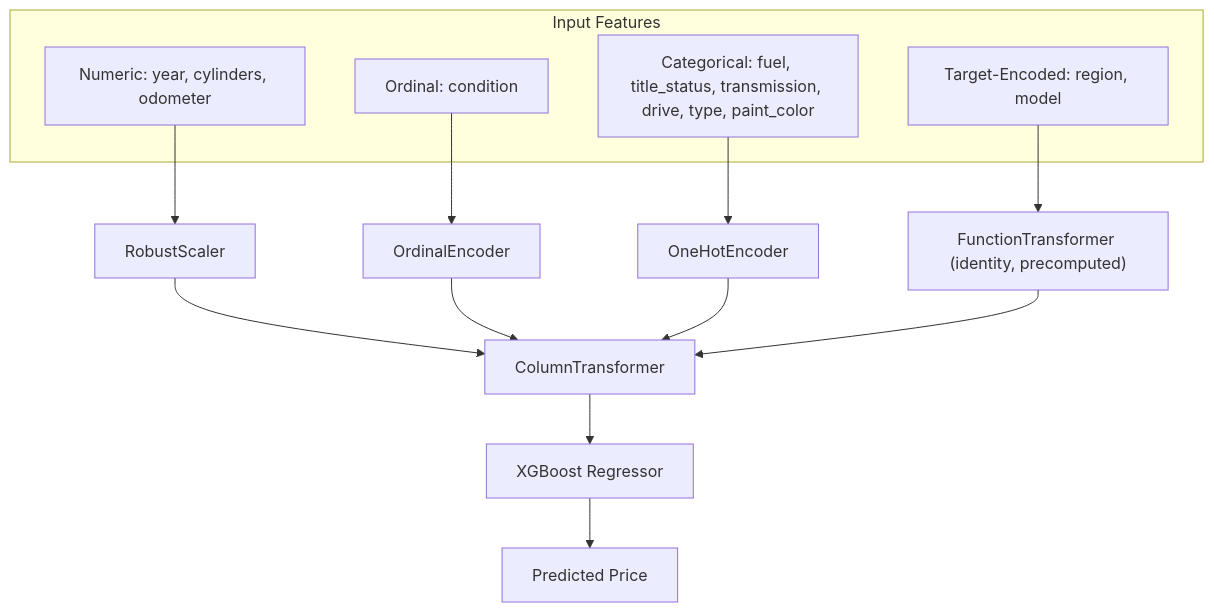
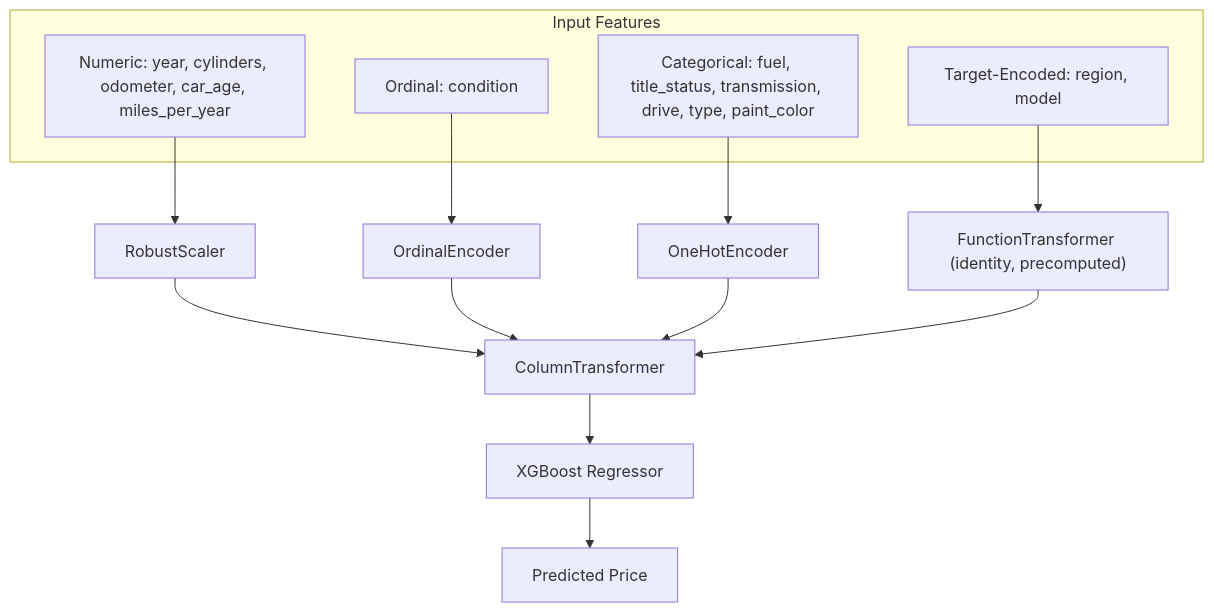
The third of 3 diagrams in README.md (ahmedhamdy-DS/Used-Cars-Prices-Prediction), drawn with Mermaid before and after one commit. The commit also changed other lines of this file, not shown here.

````diff
--- a/README.md
+++ b/README.md
@@ -95,22 +95,22 @@
 ```mermaid
 flowchart TD
     subgraph Input Features
-        N["Numeric: year, cylinders, odometer"]
+        N["Numeric: year, cylinders, odometer, car_age, miles_per_year"]
         O["Ordinal: condition"]
         C["Categorical: fuel, title_status, transmission, drive, type, paint_color"]
         T["Target-Encoded: region, model"]
     end
 
     N --> RS["RobustScaler"]
     O --> OE["OrdinalEncoder"]
     C --> OH["OneHotEncoder"]
     T --> FT["FunctionTransformer (identity, precomputed)"]
 
     RS --> CT["ColumnTransformer"]
     OE --> CT
     OH --> CT
     FT --> CT
 
     CT --> XGB["XGBoost Regressor"]
     XGB --> OUT["Predicted Price"]
 ```
````
